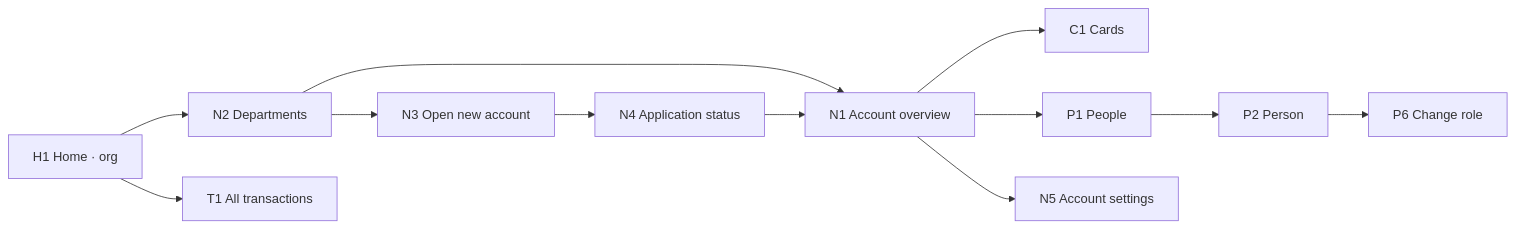
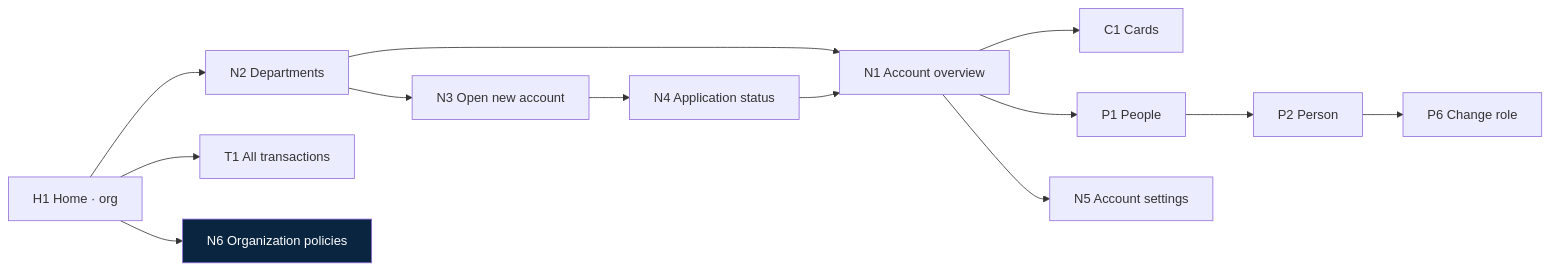
Before and after one commit to yr08ii/card-management-app: the eighth of 10 diagrams in docs/Screens-and-flows.md, drawn with Mermaid. The commit also changed other lines of this file and 1 other file, not shown here.

````diff
--- a/docs/Screens-and-flows.md
+++ b/docs/Screens-and-flows.md
@@ -367,11 +509,14 @@
 ```mermaid
 flowchart LR
     H1["H1 Home · org"] --> N2["N2 Departments"]
     N2 --> N1["N1 Account overview"]
     N1 --> C1["C1 Cards"]
     N1 --> P1["P1 People"]
     N1 --> N5["N5 Account settings"]
     N2 --> N3["N3 Open new account"] --> N4["N4 Application status"] --> N1
     P1 --> P2["P2 Person"] --> P6["P6 Change role"]
     H1 --> T1["T1 All transactions"]
+    H1 --> N6["N6 Organization policies"]
+
+    style N6 fill:#0A2540,color:#fff
 ```
````
